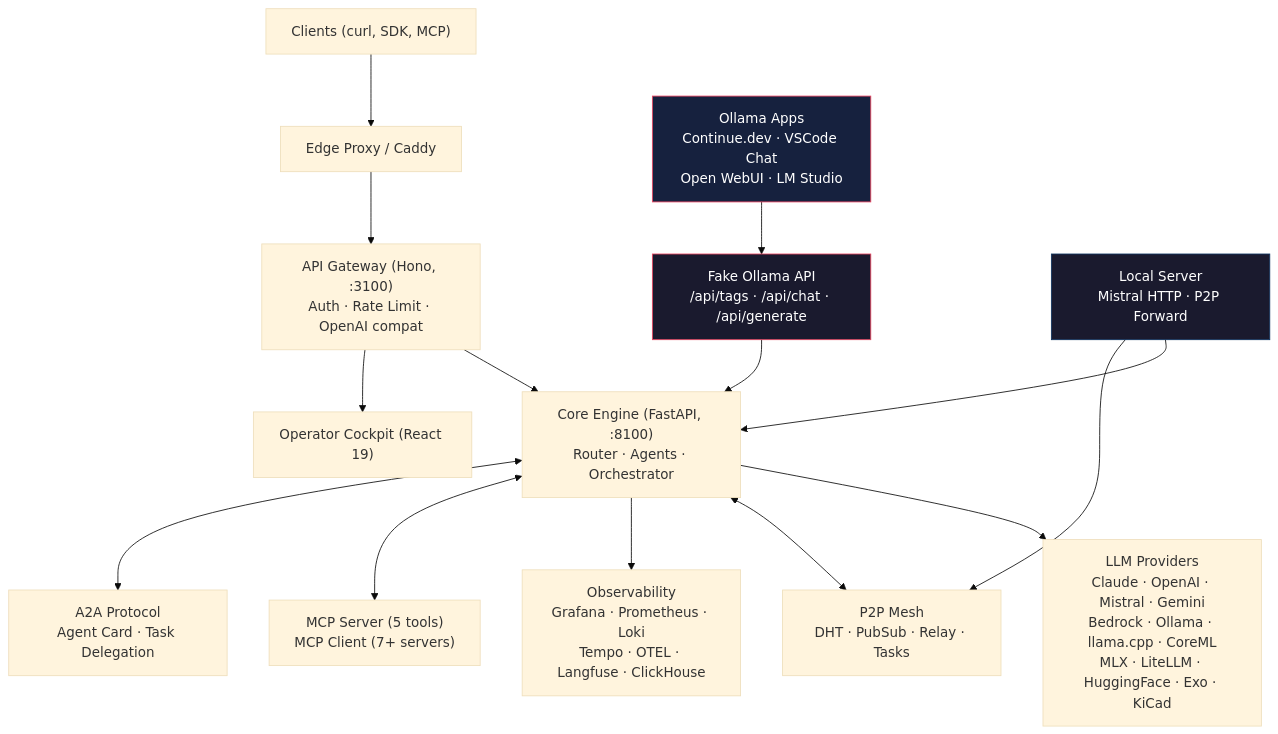
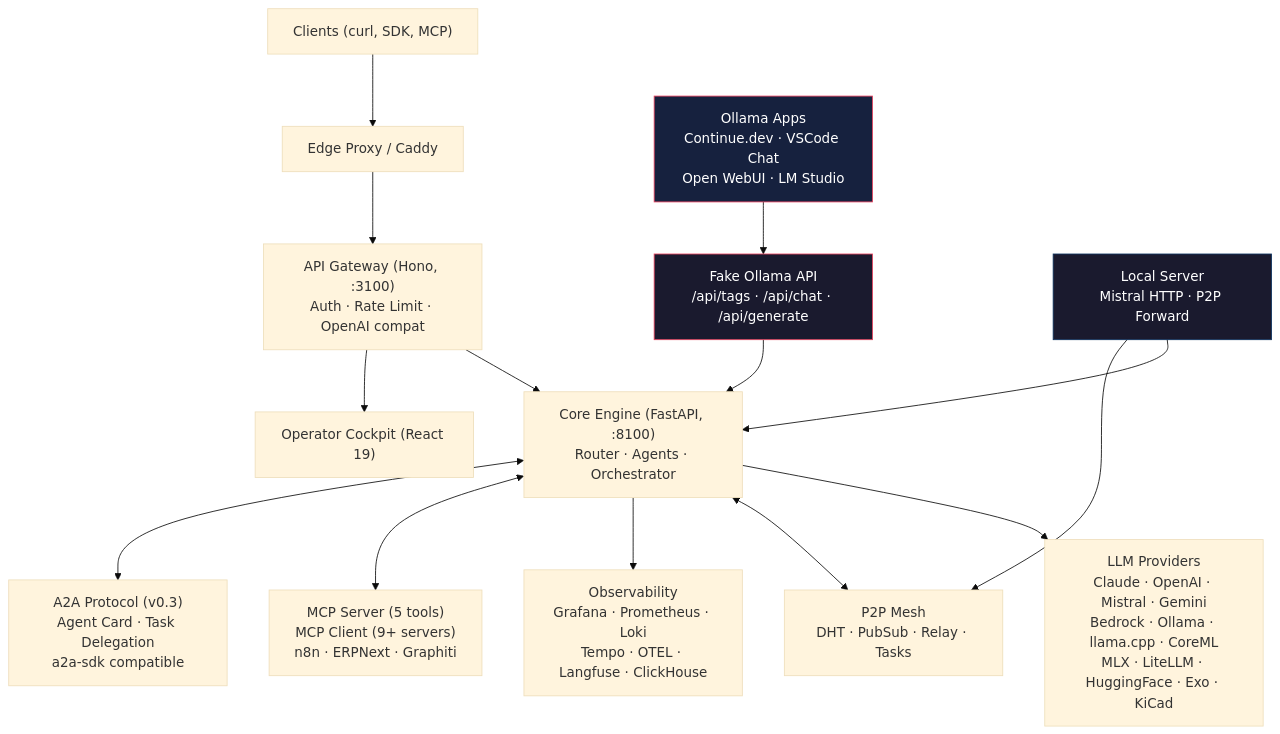
The diagram in README.md (electron-rare/mascarade), drawn with Mermaid (base theme) before and after one commit. The commit also changed other lines of this file and 2 other files, not shown here.

````diff
--- a/README.md
+++ b/README.md
@@ -9,21 +9,21 @@
 ```mermaid
 graph TD
     Client["Clients (curl, SDK, MCP)"] --> Proxy["Edge Proxy / Caddy"]
     Proxy --> API["API Gateway (Hono, :3100)\nAuth · Rate Limit · OpenAI compat"]
     API --> Core["Core Engine (FastAPI, :8100)\nRouter · Agents · Orchestrator"]
     Core --> Providers["LLM Providers\nClaude · OpenAI · Mistral · Gemini\nBedrock · Ollama · llama.cpp · CoreML\nMLX · LiteLLM · HuggingFace · Exo · KiCad"]
     Core <--> P2P["P2P Mesh\nDHT · PubSub · Relay · Tasks"]
     Core --> Obs["Observability\nGrafana · Prometheus · Loki\nTempo · OTEL · Langfuse · ClickHouse"]
-    Core <--> MCP["MCP Server (5 tools)\nMCP Client (7+ servers)"]
-    Core <--> A2A["A2A Protocol\nAgent Card · Task Delegation"]
+    Core <--> MCP["MCP Server (5 tools)\nMCP Client (9+ servers)\nn8n · ERPNext · Graphiti"]
+    Core <--> A2A["A2A Protocol (v0.3)\nAgent Card · Task Delegation\na2a-sdk compatible"]
     API --> Web["Operator Cockpit (React 19)"]
 
     OllamaApps["Ollama Apps\nContinue.dev · VSCode Chat\nOpen WebUI · LM Studio"] --> FakeOllama
     FakeOllama["Fake Ollama API\n/api/tags · /api/chat · /api/generate"] --> Core
     LocalServer["Local Server\nMistral HTTP · P2P Forward"] --> Core
     LocalServer --> P2P
 
     style FakeOllama fill:#1a1a2e,stroke:#e94560,color:#fff
     style LocalServer fill:#1a1a2e,stroke:#0f3460,color:#fff
     style OllamaApps fill:#16213e,stroke:#e94560,color:#fff
 ```
````
